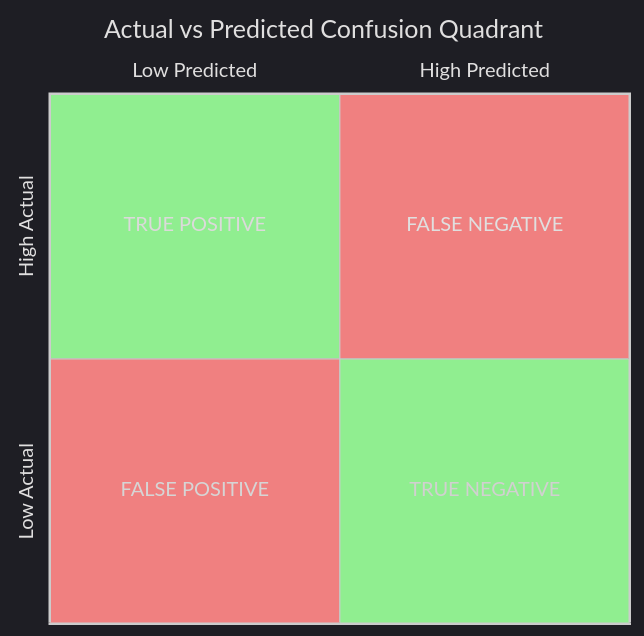
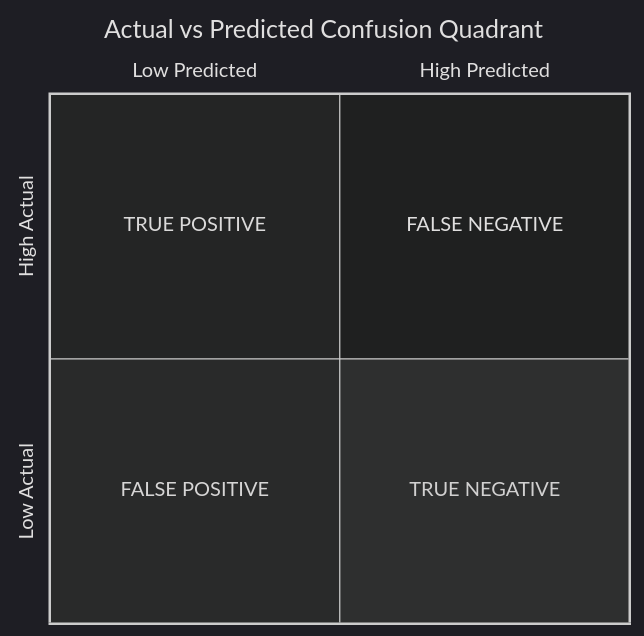
One commit to VanshDeshwal/notes changed the seventh of 7 diagrams in Data Science Notes/100 days of ML/Machine Learning Notes.md. Above: the diagram before and after it, drawn with Mermaid.

Commit message:
vault backup: 2025-08-05 01:42:59

````diff
--- a/Data Science Notes/100 days of ML/Machine Learning Notes.md
+++ b/Data Science Notes/100 days of ML/Machine Learning Notes.md
@@ -1555,23 +1555,18 @@
 ```mermaid
 %%{init: {
   "theme": "dark",
   "themeVariables": {
-    "textColor": "#ffffff",
     "titleColor": "#ffffff",
-    "quadrant1Fill": "#f08080",
-    "quadrant2Fill": "#90ee90",
-    "quadrant3Fill": "#f08080",
-    "quadrant4Fill": "#90ee90"
+    "axisTextColor": "#ffffff"
   }
 }}%%
 quadrantChart
     title Actual vs Predicted Confusion Quadrant
     x-axis Low Predicted --> High Predicted
     y-axis Low Actual --> High Actual
     quadrant-1 FALSE NEGATIVE
     quadrant-2 TRUE POSITIVE
     quadrant-3 FALSE POSITIVE
     quadrant-4 TRUE NEGATIVE
 
-
 ```
````
